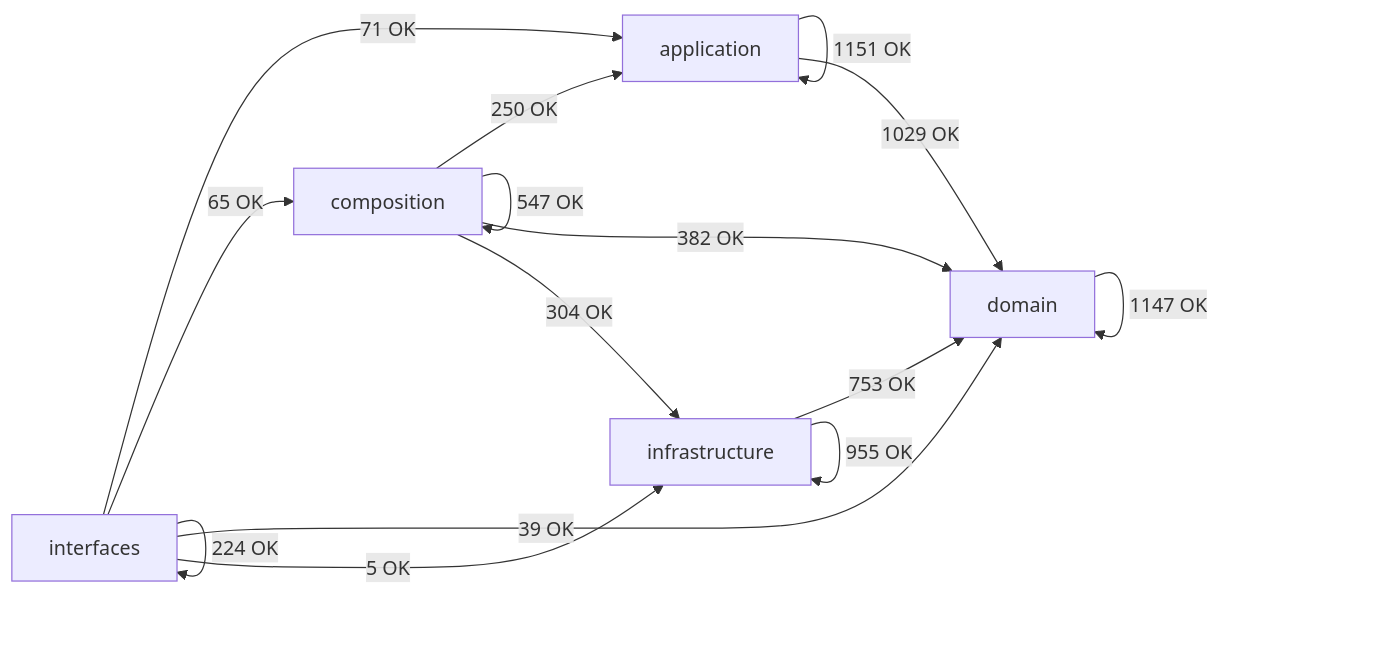
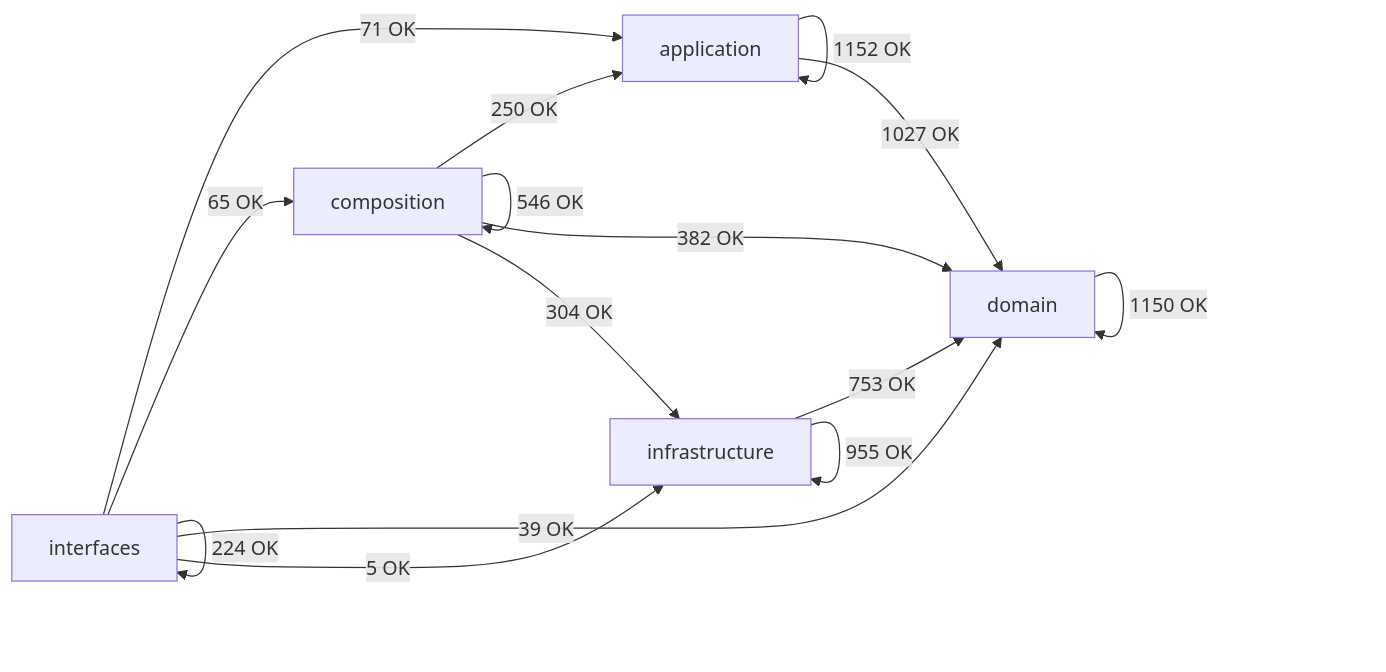
One commit to SatoryKono/BioactivityDataAcquisition changed the diagram in docs/02-architecture/generated/module-dependency-map.md. Above: the diagram before and after it, drawn with Mermaid. The commit also changed other lines of this file and 45 other files, not shown here.

````diff
--- a/docs/02-architecture/generated/module-dependency-map.md
+++ b/docs/02-architecture/generated/module-dependency-map.md
@@ -17,22 +17,22 @@
 ```mermaid
 flowchart LR
     domain[domain]
     application[application]
     infrastructure[infrastructure]
     composition[composition]
     interfaces[interfaces]
-    application -->|1151 OK| application
-    application -->|1029 OK| domain
+    application -->|1152 OK| application
+    application -->|1027 OK| domain
     composition -->|250 OK| application
-    composition -->|547 OK| composition
+    composition -->|546 OK| composition
     composition -->|382 OK| domain
     composition -->|304 OK| infrastructure
-    domain -->|1147 OK| domain
+    domain -->|1150 OK| domain
     infrastructure -->|753 OK| domain
     infrastructure -->|955 OK| infrastructure
     interfaces -->|71 OK| application
     interfaces -->|65 OK| composition
     interfaces -->|39 OK| domain
     interfaces -->|5 OK| infrastructure
     interfaces -->|224 OK| interfaces
 ```
````
